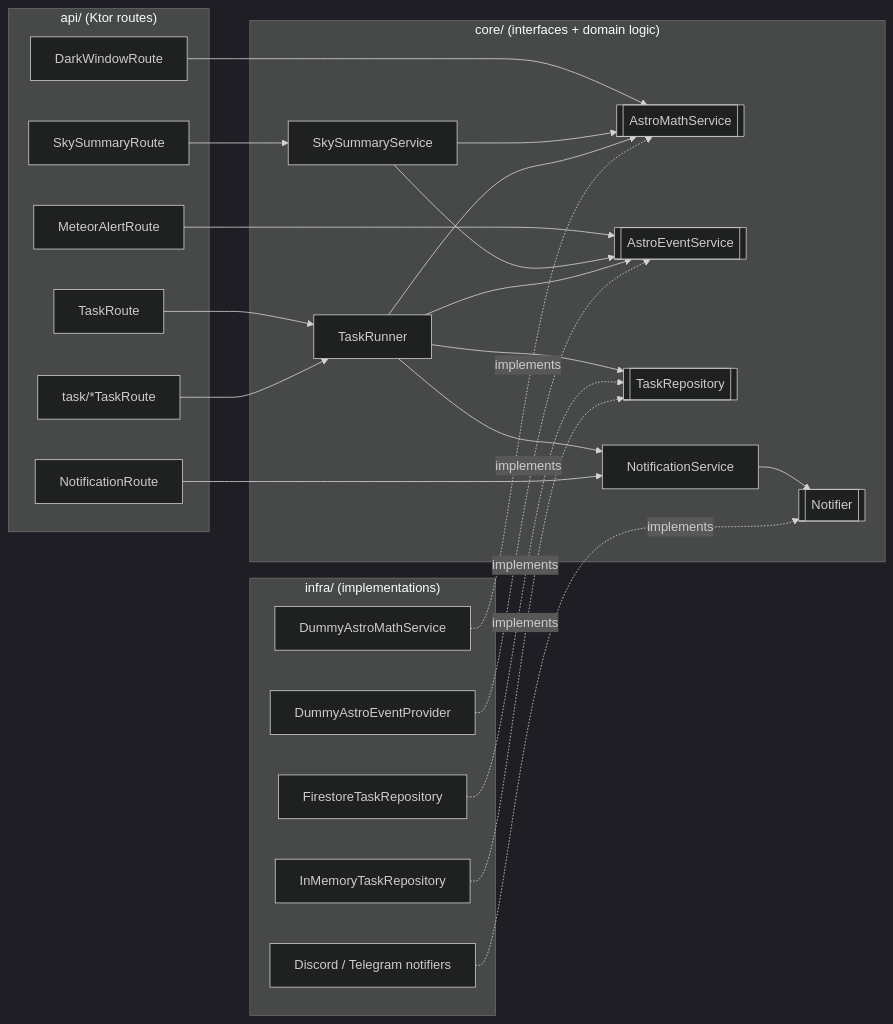
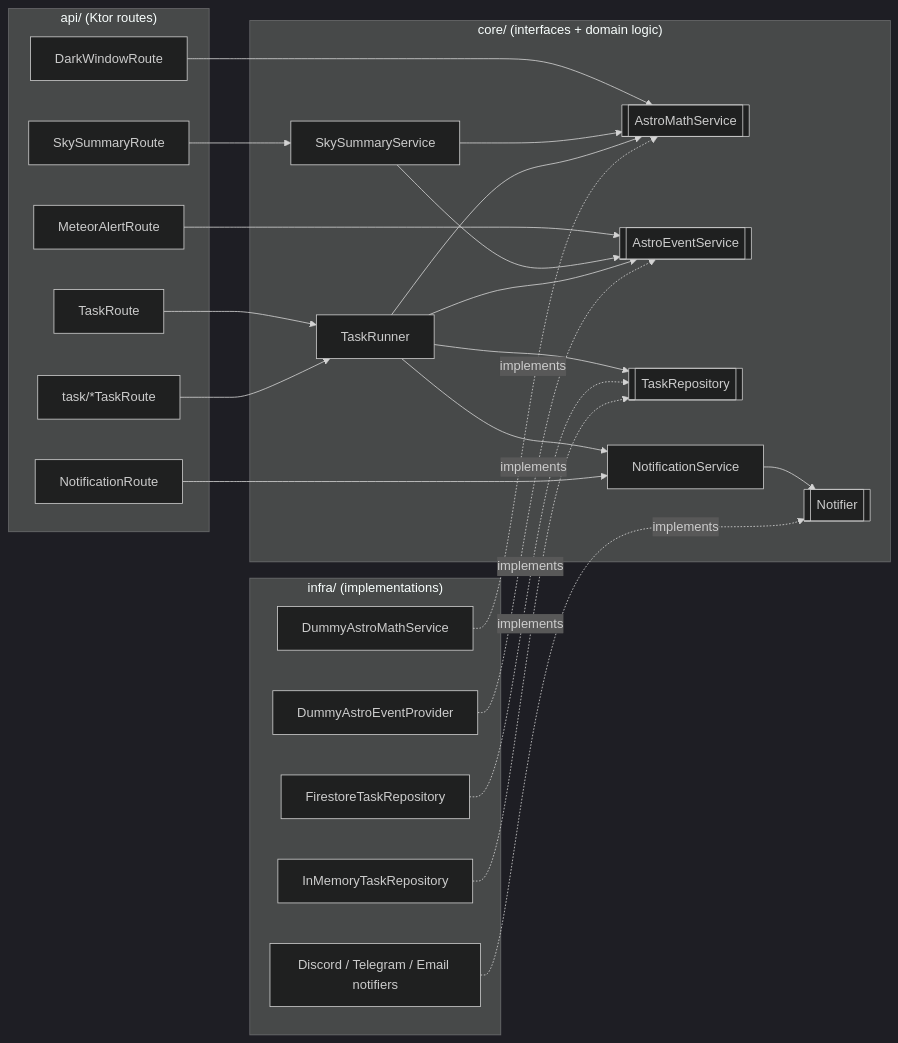
The first of 6 diagrams in docs/ARCHITECTURE.md (iOJ0230/astro-task-runner), drawn with Mermaid (dark theme) before and after one commit. The commit also changed other lines of this file and 10 other files, not shown here.

````diff
--- a/docs/ARCHITECTURE.md
+++ b/docs/ARCHITECTURE.md
@@ -53,49 +53,49 @@
 ```mermaid
 flowchart LR
     subgraph api["api/ (Ktor routes)"]
         R1[DarkWindowRoute]
         R2[MeteorAlertRoute]
         R3[SkySummaryRoute]
         R4[TaskRoute]
         R5["task/*TaskRoute"]
         R7[NotificationRoute]
     end
 
     subgraph core["core/ (interfaces + domain logic)"]
         I1[["AstroMathService"]]
         I2[["AstroEventService"]]
         I3[SkySummaryService]
         I4[TaskRunner]
         I5[["TaskRepository"]]
         I8[NotificationService]
         I9[["Notifier"]]
     end
 
     subgraph infra["infra/ (implementations)"]
         D1[DummyAstroMathService]
         D2[DummyAstroEventProvider]
         D3[FirestoreTaskRepository]
         D4[InMemoryTaskRepository]
-        D6["Discord / Telegram notifiers"]
+        D6["Discord / Telegram / Email notifiers"]
     end
 
     R1 --> I1
     R2 --> I2
     R3 --> I3
     R4 --> I4
     R5 --> I4
     I3 --> I1
     I3 --> I2
     I4 --> I5
     I4 --> I1
     I4 --> I2
     I4 --> I8
     R7 --> I8
     I8 --> I9
 
     D1 -.implements.-> I1
     D2 -.implements.-> I2
     D3 -.implements.-> I5
     D4 -.implements.-> I5
     D6 -.implements.-> I9
 ```
````
